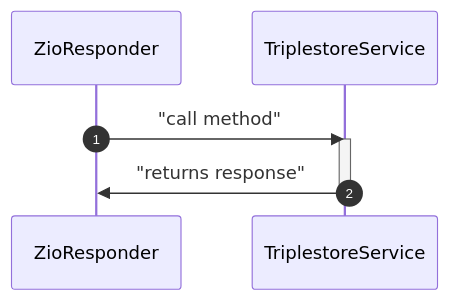
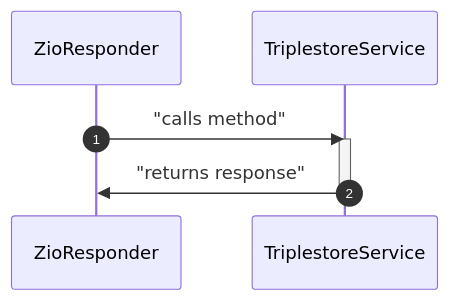
The fifth of 5 diagrams in docs/05-internals/design/adr/ADR-0007-zio-fication-of-responders.md (dasch-swiss/dsp-api), drawn with Mermaid before and after one commit.

````diff
--- a/docs/05-internals/design/adr/ADR-0007-zio-fication-of-responders.md
+++ b/docs/05-internals/design/adr/ADR-0007-zio-fication-of-responders.md
@@ -146,8 +146,8 @@
 ```mermaid
 sequenceDiagram
     autonumber
-    ZioResponder ->> TriplestoreService: "call method"
+    ZioResponder ->> TriplestoreService: "calls method"
     activate TriplestoreService
     TriplestoreService ->> ZioResponder: "returns response"
     deactivate TriplestoreService
 ```
````
